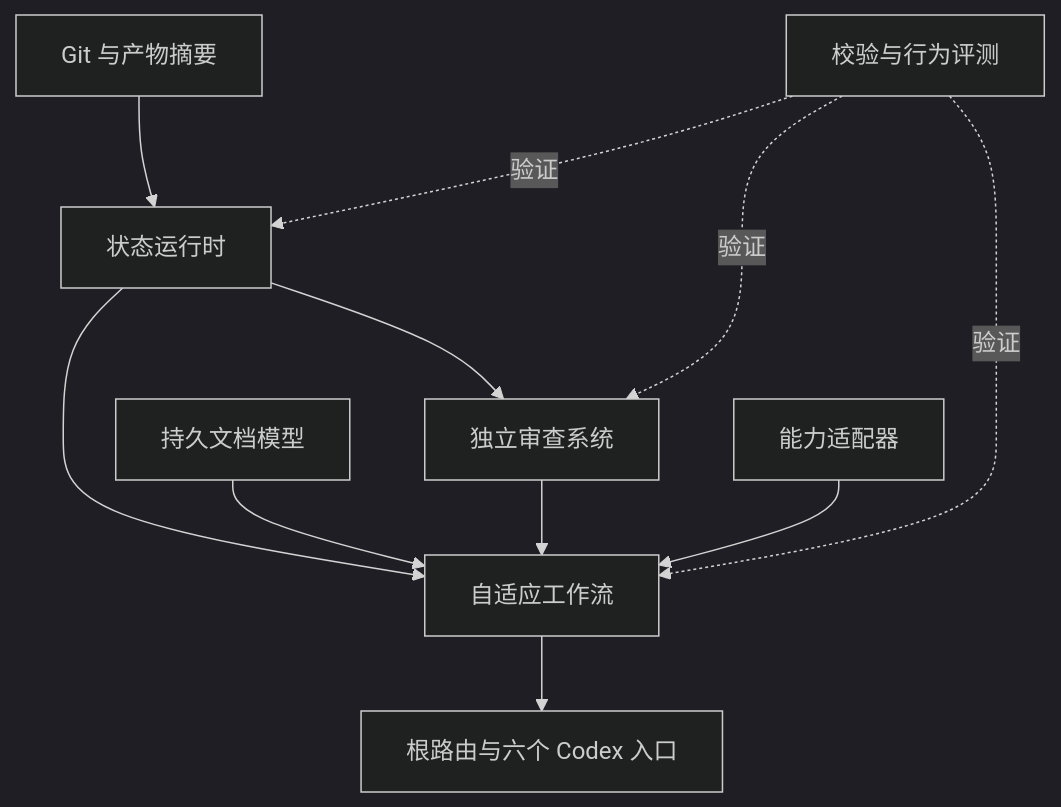
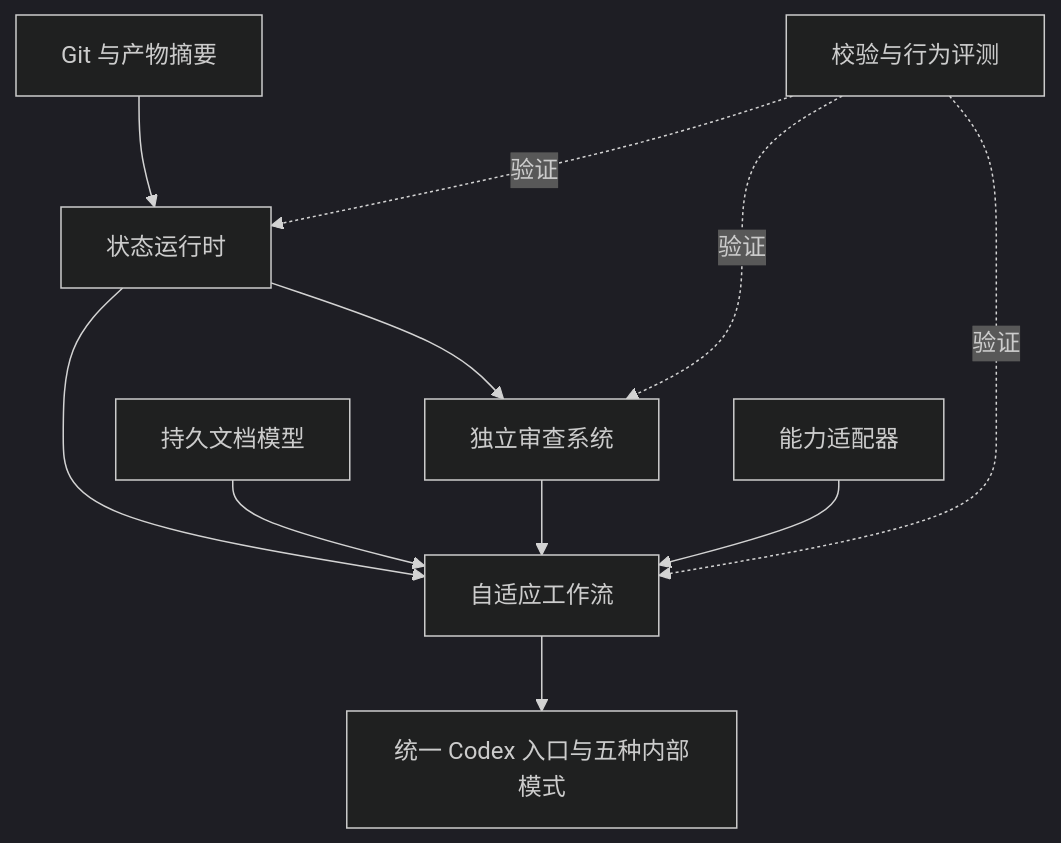
One commit to J-ChenX/longtask changed the diagram in docs/ARCHITECTURE.md. Above: the diagram before and after it, drawn with Mermaid (dark theme). The commit also changed other lines of this file and 48 other files, not shown here.

````diff
--- a/docs/ARCHITECTURE.md
+++ b/docs/ARCHITECTURE.md
@@ -36,13 +36,13 @@
 ```mermaid
 flowchart TD
     Evidence["Git 与产物摘要"] --> State["状态运行时"]
     State --> Workflow["自适应工作流"]
     Docs["持久文档模型"] --> Workflow
     State --> Review["独立审查系统"]
     Review --> Workflow
     Adapters["能力适配器"] --> Workflow
-    Workflow --> Entry["根路由与六个 Codex 入口"]
+    Workflow --> Entry["统一 Codex 入口与五种内部模式"]
     Eval["校验与行为评测"] -.验证.-> State
     Eval -.验证.-> Workflow
     Eval -.验证.-> Review
 ```
````
